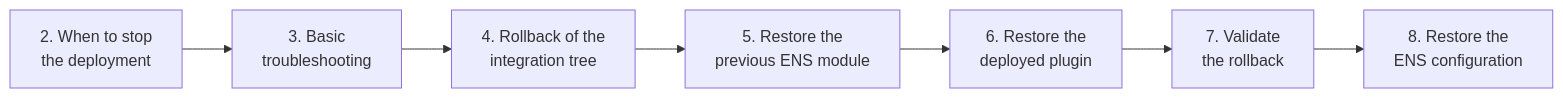
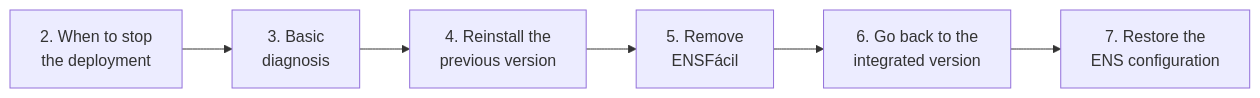
The diagram in docs/deployment/04-troubleshooting-and-rollback.en.md (arseniteio/power-ens), drawn with Mermaid before and after one commit. The commit also changed other lines of this file and 11 other files, not shown here.

Commit message:
docs: install and update ENSFácil as a standalone plugin

````diff
--- a/docs/deployment/04-troubleshooting-and-rollback.en.md
+++ b/docs/deployment/04-troubleshooting-and-rollback.en.md
@@ -15,9 +13,8 @@
 ```mermaid
 flowchart LR
-  A["2. When to stop<br/>the deployment"] --> B["3. Basic<br/>troubleshooting"]
-  B --> C["4. Rollback of the<br/>integration tree"]
-  C --> D["5. Restore the<br/>previous ENS module"]
-  D --> E["6. Restore the<br/>deployed plugin"]
-  E --> F["7. Validate<br/>the rollback"]
-  F --> G["8. Restore the<br/>ENS configuration"]
+  A["2. When to stop<br/>the deployment"] --> B["3. Basic<br/>diagnosis"]
+  B --> C["4. Reinstall the<br/>previous version"]
+  C --> D["5. Remove<br/>ENSFácil"]
+  D --> E["6. Go back to the<br/>integrated version"]
+  E --> F["7. Restore the<br/>ENS configuration"]
 ```
````
